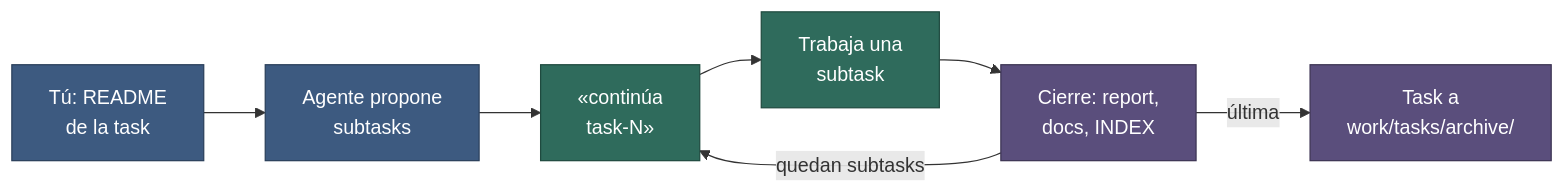
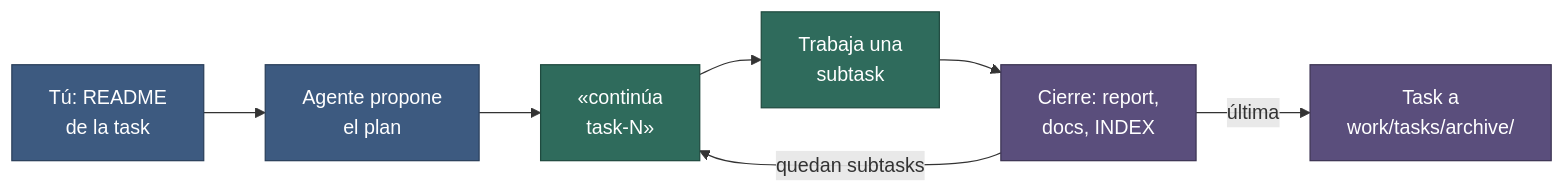
One commit to TomasCDG/dev-guidelines changed the diagram in docs/00-quickstart.md. Above: the diagram before and after it, drawn with Mermaid. The commit also changed other lines of this file and 93 other files, not shown here.

````diff
--- a/docs/00-quickstart.md
+++ b/docs/00-quickstart.md
@@ -62,16 +63,16 @@
 ```mermaid
 flowchart LR
-    a["Tú: README<br/>de la task"] --> b["Agente propone<br/>subtasks"]
+    a["Tú: README<br/>de la task"] --> b["Agente propone<br/>el plan"]
     b --> c["«continúa<br/>task-N»"]
     c --> d["Trabaja una<br/>subtask"]
     d --> e["Cierre: report,<br/>docs, INDEX"]
     e -->|"quedan subtasks"| c
     e -->|"última"| f["Task a<br/>work/tasks/archive/"]
 
     classDef a fill:#3d5a80,stroke:#2a3f5a,color:#ffffff
     classDef b fill:#2f6b5c,stroke:#1f4a3f,color:#ffffff
     classDef c fill:#5a4e7c,stroke:#3c3453,color:#ffffff
     class a,b a
     class c,d b
     class e,f c
 ```
````
